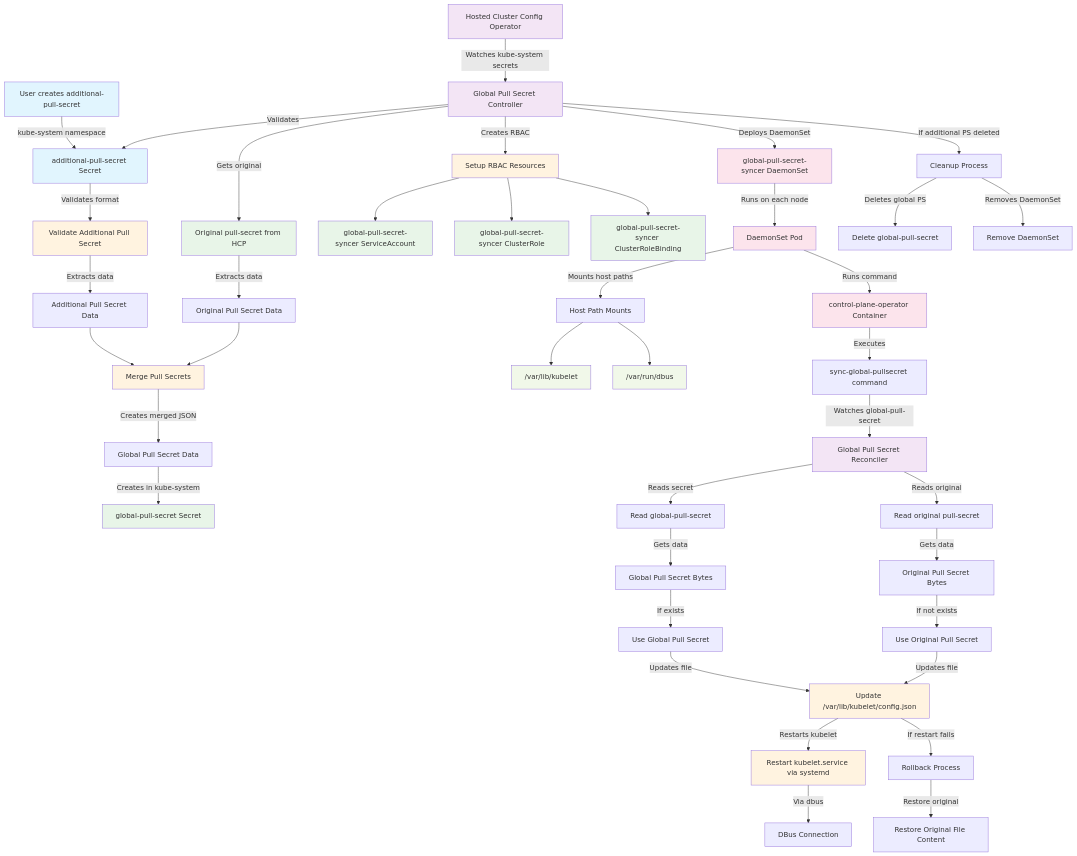
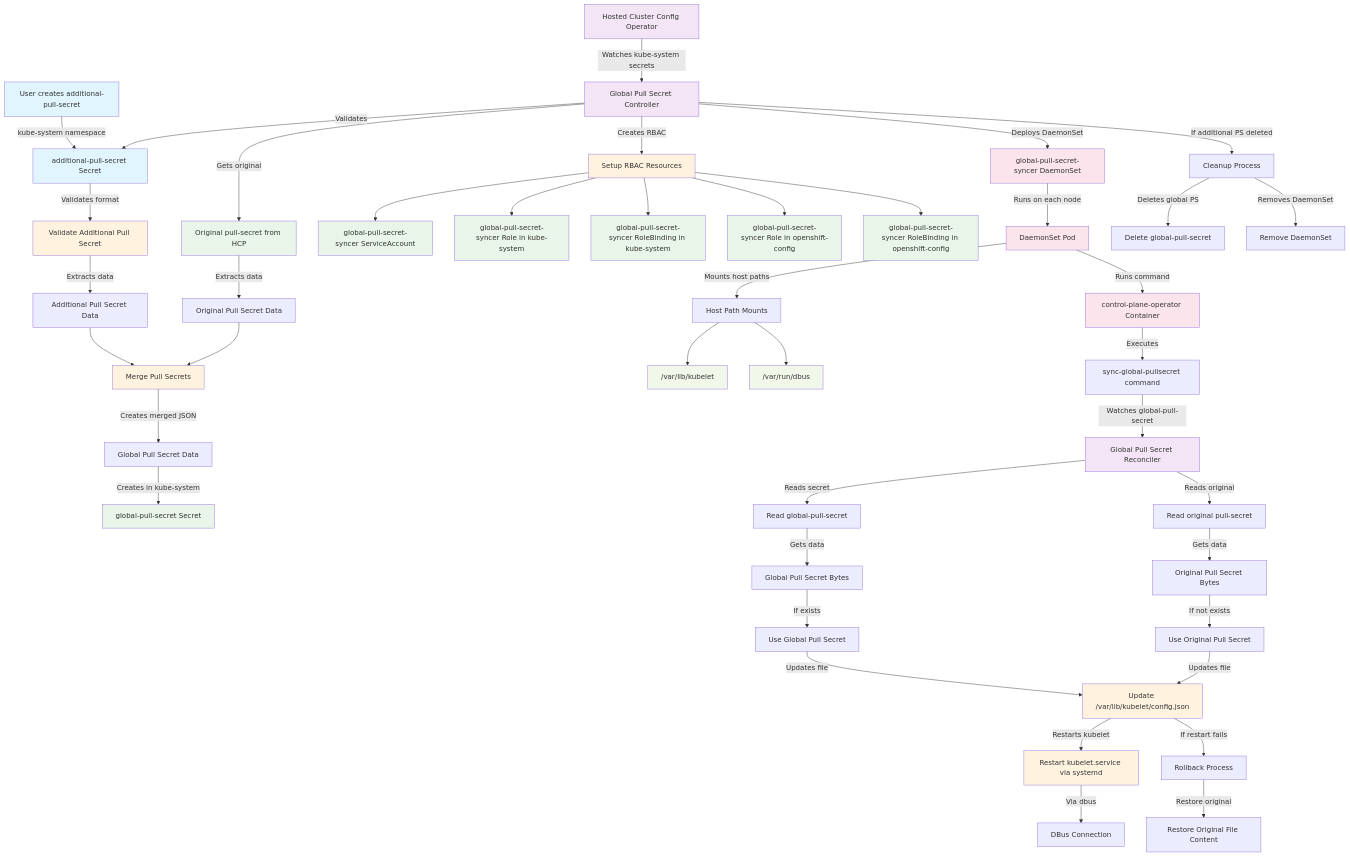
Before and after one commit to openshift/hypershift: the diagram in docs/content/how-to/common/global-pull-secret.md, drawn with Mermaid. The commit also changed other lines of this file and 9 other files, not shown here.

```diff
--- a/docs/content/how-to/common/global-pull-secret.md
+++ b/docs/content/how-to/common/global-pull-secret.md
@@ -160,8 +161,10 @@
     %% RBAC Setup
     GlobalPSController --> |Creates RBAC| RBACSetup[Setup RBAC Resources]
     RBACSetup --> ServiceAccount[global-pull-secret-syncer ServiceAccount]
-    RBACSetup --> ClusterRole[global-pull-secret-syncer ClusterRole]
-    RBACSetup --> ClusterRoleBinding[global-pull-secret-syncer ClusterRoleBinding]
+    RBACSetup --> KubeSystemRole[global-pull-secret-syncer Role in kube-system]
+    RBACSetup --> KubeSystemRoleBinding[global-pull-secret-syncer RoleBinding in kube-system]
+    RBACSetup --> OpenshiftConfigRole[global-pull-secret-syncer Role in openshift-config]
+    RBACSetup --> OpenshiftConfigRoleBinding[global-pull-secret-syncer RoleBinding in openshift-config]
 
     %% DaemonSet Deployment
     GlobalPSController --> |Deploys DaemonSet| DaemonSet[global-pull-secret-syncer DaemonSet]
@@ -216,7 +219,7 @@
 
     class User,AdditionalPS userInput
     class HCCO,GlobalPSController,SyncController controller
-    class OriginalPS,GlobalPSSecret,ServiceAccount,ClusterRole,ClusterRoleBinding secret
+    class OriginalPS,GlobalPSSecret,ServiceAccount,KubeSystemRole,KubeSystemRoleBinding,OpenshiftConfigRole,OpenshiftConfigRoleBinding secret
     class ValidatePS,MergeSecrets,RBACSetup,UpdateKubeletConfig,RestartKubelet process
     class DaemonSet,DaemonSetPod,Container daemonSet
     class KubeletPath,DbusPath fileSystem
```
